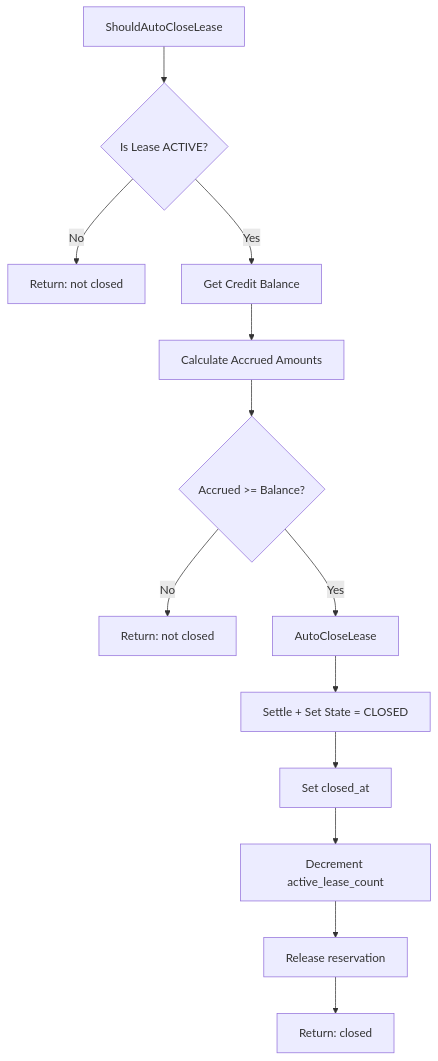
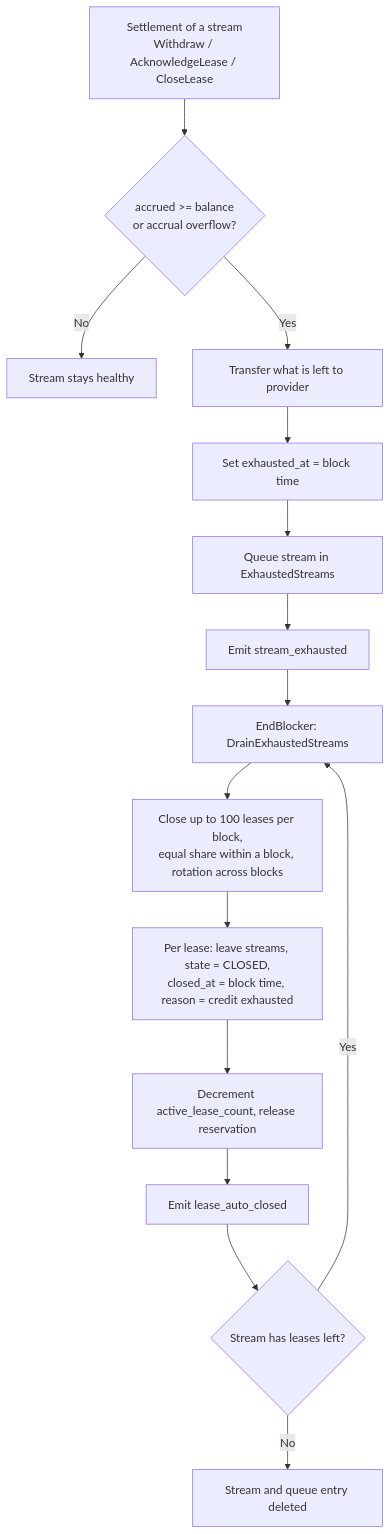
Diagram 13 of 13 in x/billing/docs/ARCHITECTURE.md (manifest-network/manifest-ledger), drawn with Mermaid before and after one commit. The commit also changed other lines of this file and 73 other files, not shown here.

````diff
--- a/x/billing/docs/ARCHITECTURE.md
+++ b/x/billing/docs/ARCHITECTURE.md
@@ -687,15 +766,17 @@
 ```mermaid
 flowchart TD
-    A[ShouldAutoCloseLease] --> B{Is Lease ACTIVE?}
-    B -->|No| C[Return: not closed]
-    B -->|Yes| D[Get Credit Balance]
-    D --> E[Calculate Accrued Amounts]
-    E --> F{Accrued >= Balance?}
-    F -->|No| G[Return: not closed]
-    F -->|Yes| H[AutoCloseLease]
-    H --> I[Settle + Set State = CLOSED]
-    I --> J[Set closed_at]
-    J --> K[Decrement active_lease_count]
-    K --> L[Release reservation]
-    L --> M[Return: closed]
+    A[Settlement of a stream<br/>Withdraw / AcknowledgeLease / CloseLease] --> B{accrued >= balance<br/>or accrual overflow?}
+    B -->|No| C[Stream stays healthy]
+    B -->|Yes| D[Transfer what is left to provider]
+    D --> E[Set exhausted_at = block time]
+    E --> F[Queue stream in ExhaustedStreams]
+    F --> G[Emit stream_exhausted]
+    G --> H[EndBlocker: DrainExhaustedStreams]
+    H --> I[Close up to 100 leases per block,<br/>equal share within a block, rotation across blocks]
+    I --> J[Per lease: leave streams, state = CLOSED,<br/>closed_at = block time, reason = credit exhausted]
+    J --> K[Decrement active_lease_count, release reservation]
+    K --> L[Emit lease_auto_closed]
+    L --> M{Stream has leases left?}
+    M -->|Yes| H
+    M -->|No| N[Stream and queue entry deleted]
 ```
````
